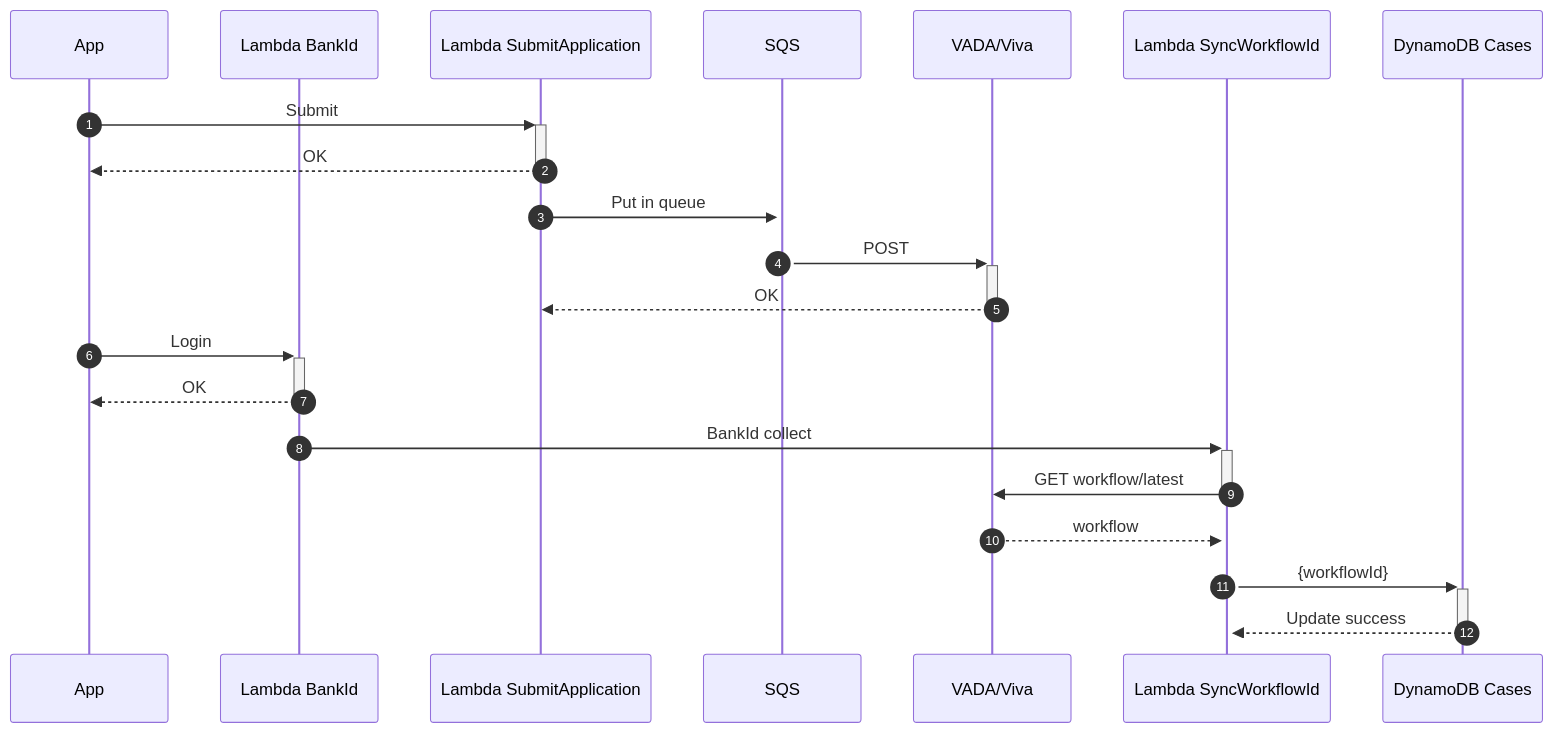
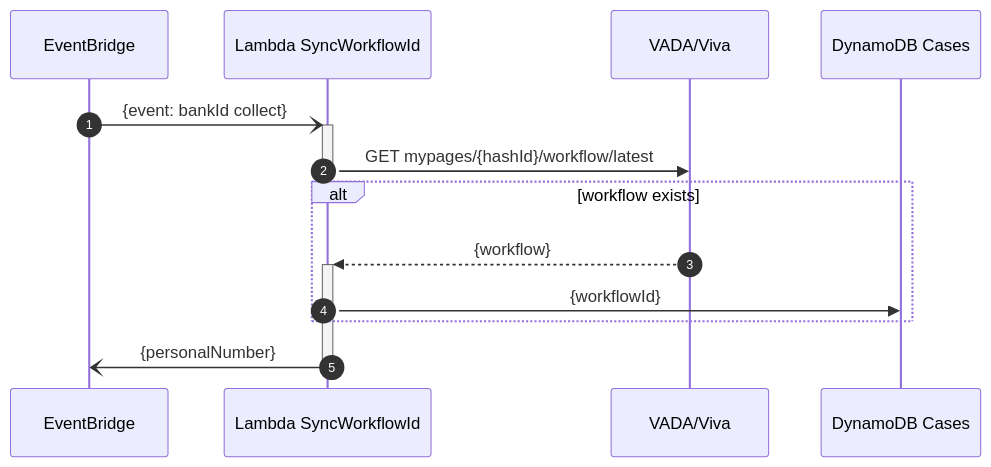
Before and after one commit to helsingborg-stad/helsingborg-io-sls-api: the second of 2 diagrams in services/viva/microservice/README.md, drawn with Mermaid. The commit also changed other lines of this file, not shown here.

Commit message:
docs: (viva-ms) fix sequence

````diff
--- a/services/viva/microservice/README.md
+++ b/services/viva/microservice/README.md
@@ -69,24 +95,19 @@
 ```mermaid
 sequenceDiagram
   autonumber
-  participant App
-  participant Lambda BankId
-  participant Lambda SubmitApplication
-  participant SQS
+  participant EventBridge
+  participant Lambda SyncWorkflowId
   participant VADA/Viva
-  participant Lambda SyncWorkflowId
   participant DynamoDB Cases
 
-  App->>+Lambda SubmitApplication: Submit
-  Lambda SubmitApplication-->>-App: OK
-  Lambda SubmitApplication->>+SQS: Put in queue
-  SQS->>+VADA/Viva: POST
-  VADA/Viva-->>-Lambda SubmitApplication: OK
-  App->>+Lambda BankId: Login
-  Lambda BankId-->>-App: OK
-  Lambda BankId->>+Lambda SyncWorkflowId: BankId collect
-  Lambda SyncWorkflowId->>-VADA/Viva: GET workflow/latest
-  VADA/Viva-->>+Lambda SyncWorkflowId: workflow
-  Lambda SyncWorkflowId->>+DynamoDB Cases: {workflowId}
-  DynamoDB Cases-->>-Lambda SyncWorkflowId: Update success
+  EventBridge-)+Lambda SyncWorkflowId: {event: bankId collect}
+
+  Lambda SyncWorkflowId->>-VADA/Viva: GET mypages/{hashId}/workflow/latest
+
+  alt workflow exists
+    VADA/Viva-->>+Lambda SyncWorkflowId: {workflow}
+    Lambda SyncWorkflowId->>DynamoDB Cases: {workflowId}
+  end
+
+  Lambda SyncWorkflowId-)-EventBridge: {personalNumber}
 ```
````
